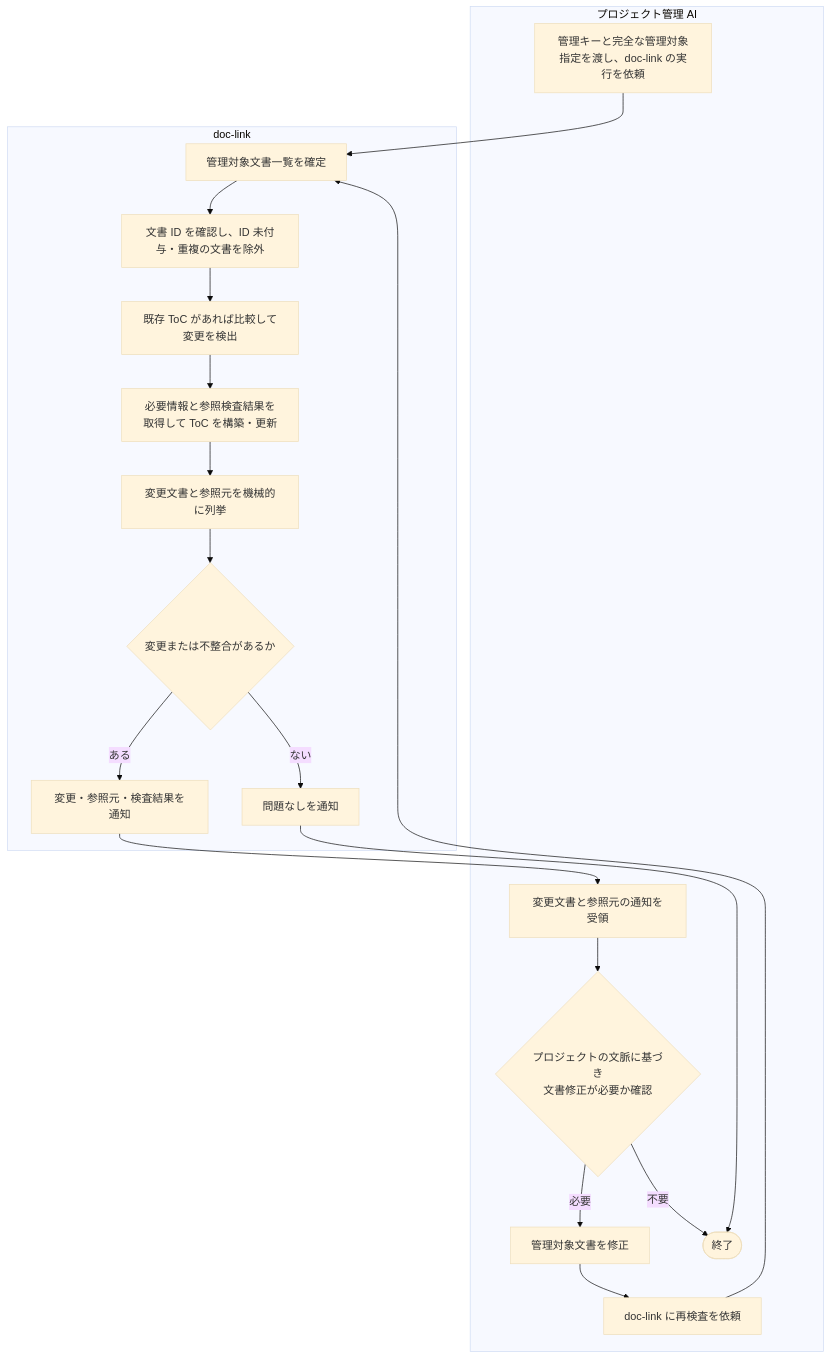
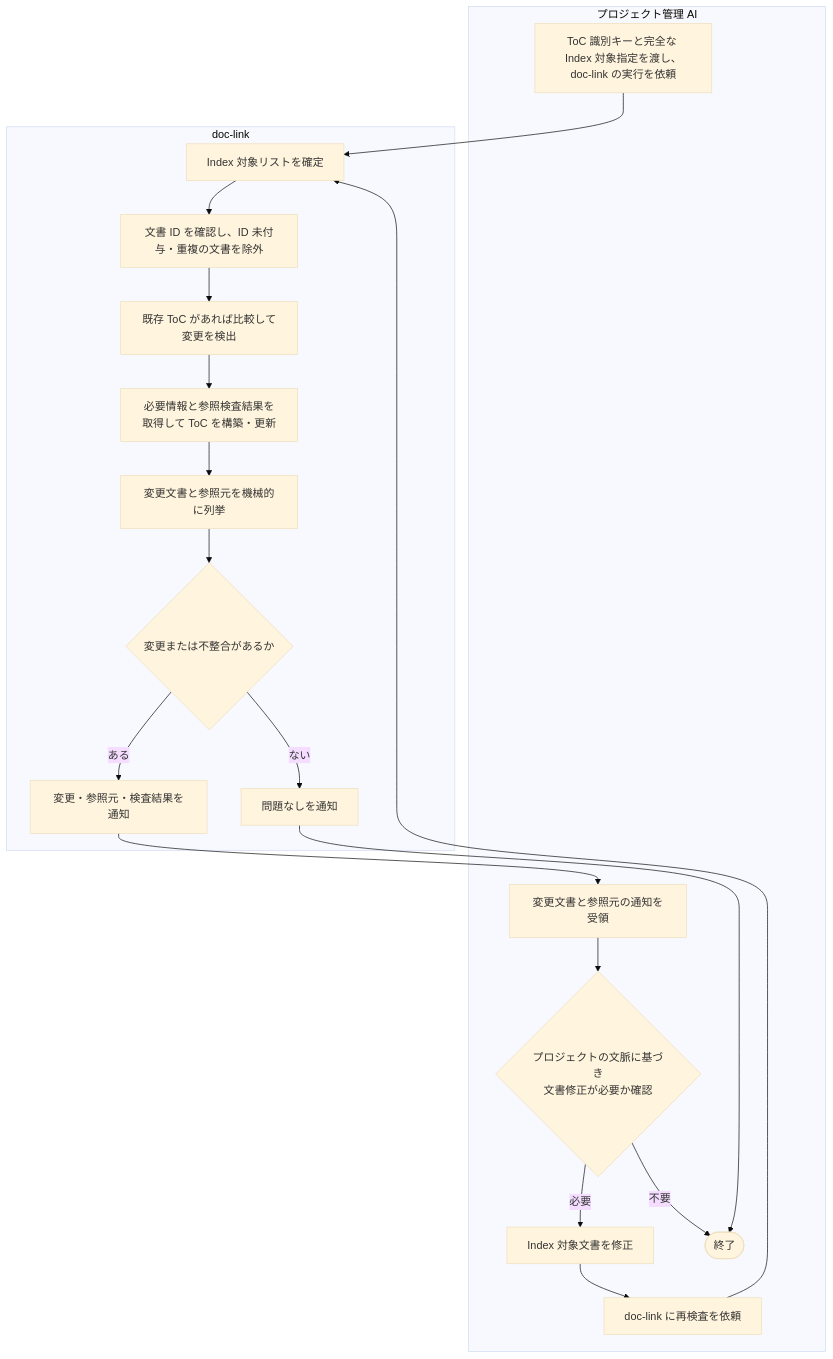
The first of 2 diagrams in docs/specs/requirement/REQ-001_overview.md (BlueEventHorizon/doc-link), drawn with Mermaid (base theme) before and after one commit. The commit also changed other lines of this file and 23 other files, not shown here.

````diff
--- a/docs/specs/requirement/REQ-001_overview.md
+++ b/docs/specs/requirement/REQ-001_overview.md
@@ -60,40 +60,40 @@
 ```mermaid
 flowchart TB
     subgraph PROJECT_AI[プロジェクト管理 AI]
-        PA1[管理キーと完全な管理対象指定を渡し、doc-link の実行を依頼]
+        PA1[ToC 識別キーと完全な Index 対象指定を渡し、doc-link の実行を依頼]
         PA2[変更文書と参照元の通知を受領]
         PA3{プロジェクトの文脈に基づき<br>文書修正が必要か確認}
-        PA4[管理対象文書を修正]
+        PA4[Index 対象文書を修正]
         PA5[doc-link に再検査を依頼]
         PA6([終了])
 
         PA2 --> PA3
         PA3 -- 必要 --> PA4
         PA4 --> PA5
         PA3 -- 不要 --> PA6
     end
 
     subgraph DOC_LINK[doc-link]
-        DL1[管理対象文書一覧を確定]
+        DL1[Index 対象リストを確定]
         DL2[文書 ID を確認し、ID 未付与・重複の文書を除外]
         DL3[既存 ToC があれば比較して変更を検出]
         DL4[必要情報と参照検査結果を取得して ToC を構築・更新]
         DL5[変更文書と参照元を機械的に列挙]
         DL6{変更または不整合があるか}
         DL7[変更・参照元・検査結果を通知]
         DL8[問題なしを通知]
 
         DL1 --> DL2
         DL2 --> DL3
         DL3 --> DL4
         DL4 --> DL5
         DL5 --> DL6
         DL6 -- ある --> DL7
         DL6 -- ない --> DL8
     end
 
     PA1 --> DL1
     DL7 --> PA2
     DL8 --> PA6
     PA5 --> DL1
 ```
````
